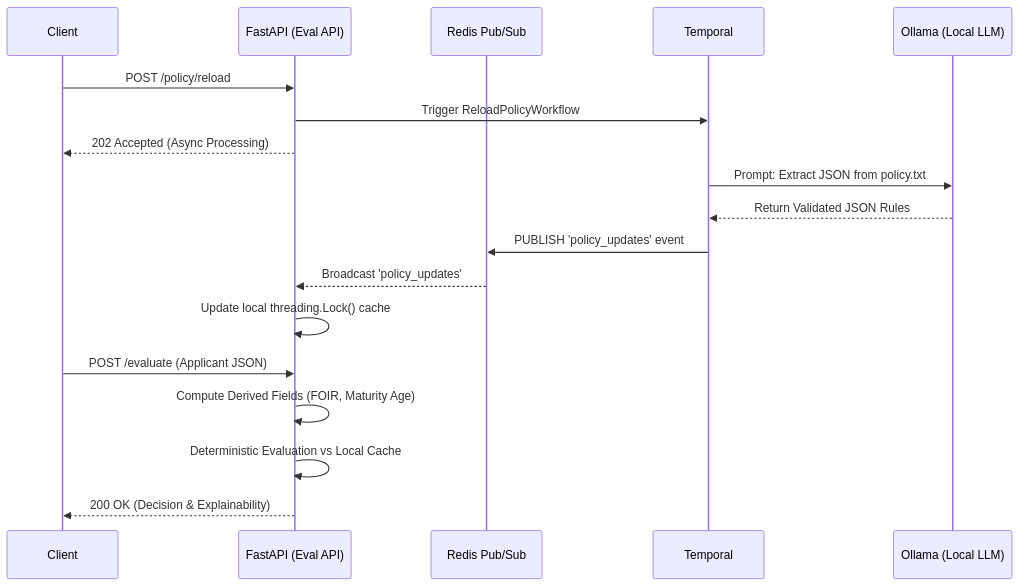
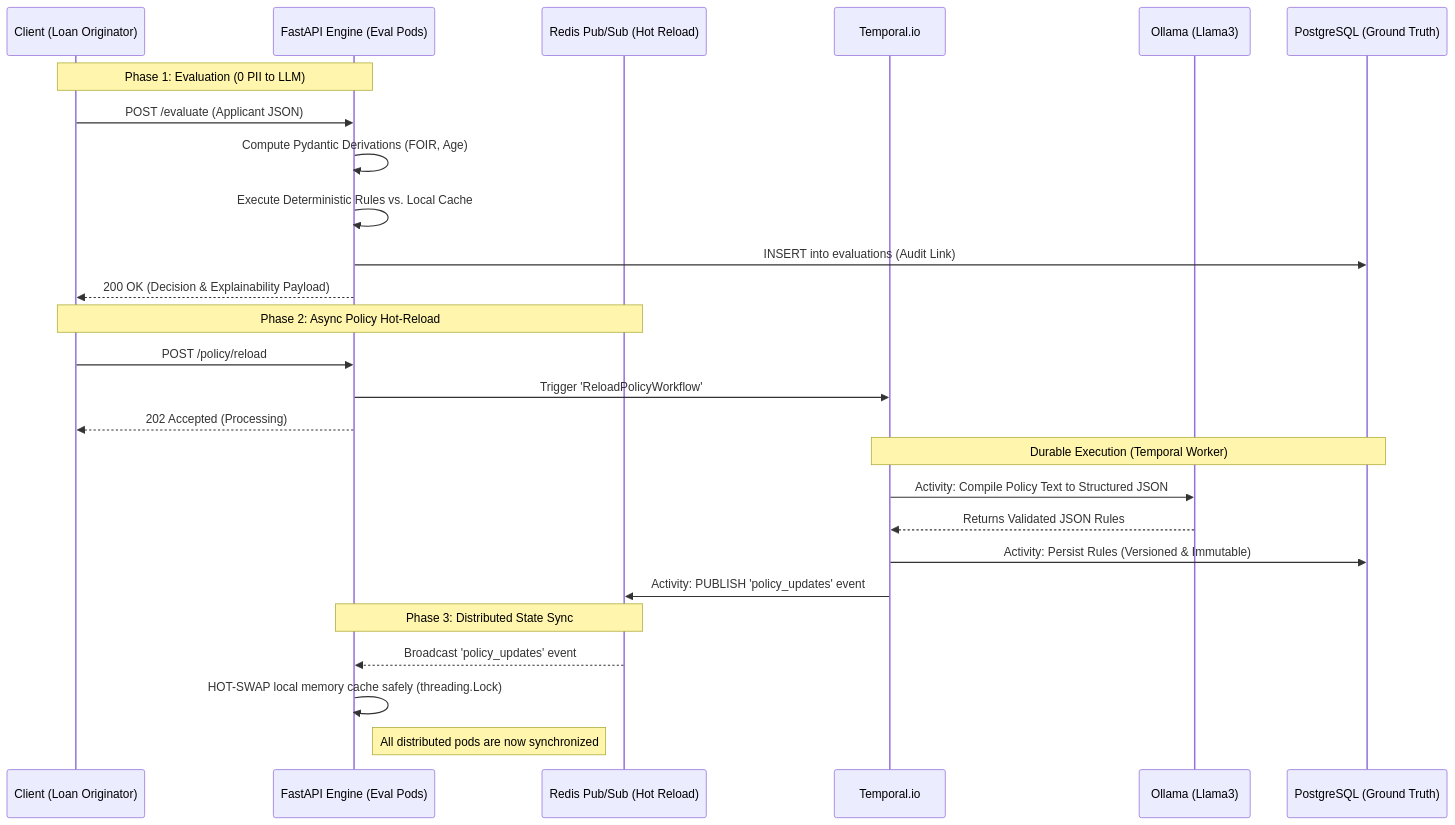
One commit to ar29/credit-policy-engine changed the first of 2 diagrams in README.md. Above: the diagram before and after it, drawn with Mermaid. The commit also changed other lines of this file and 9 other files, not shown here.

````diff
--- a/README.md
+++ b/README.md
@@ -20,27 +35,32 @@
 ```mermaid
 sequenceDiagram
-    participant Client
-    participant FastAPI (Eval API)
-    participant Redis Pub/Sub
-    participant Temporal
-    participant Ollama (Local LLM)
-    
-    %% Policy Reload Flow (Heavy Compute / Asynchronous)
-    Client->>FastAPI (Eval API): POST /policy/reload
-    FastAPI (Eval API)->>Temporal: Trigger ReloadPolicyWorkflow
-    FastAPI (Eval API)-->>Client: 202 Accepted (Async Processing)
-    
-    Temporal->>Ollama (Local LLM): Prompt: Extract JSON from policy.txt
-    Ollama (Local LLM)-->>Temporal: Return Validated JSON Rules
-    Temporal->>Redis Pub/Sub: PUBLISH 'policy_updates' event
-    
-    %% Cache Invalidation Sync (Distributed)
-    Redis Pub/Sub-->>FastAPI (Eval API): Broadcast 'policy_updates'
-    FastAPI (Eval API)->>FastAPI (Eval API): Update local threading.Lock() cache
-    
-    %% Evaluation Flow (Low Latency / Zero PII to LLM)
-    Client->>FastAPI (Eval API): POST /evaluate (Applicant JSON)
-    FastAPI (Eval API)->>FastAPI (Eval API): Compute Derived Fields (FOIR, Maturity Age)
-    FastAPI (Eval API)->>FastAPI (Eval API): Deterministic Evaluation vs Local Cache
-    FastAPI (Eval API)-->>Client: 200 OK (Decision & Explainability)
+    participant Client as Client (Loan Originator)
+    participant API as FastAPI Engine (Eval Pods)
+    participant Redis as Redis Pub/Sub (Hot Reload)
+    participant Temporal as Temporal.io
+    participant Ollama as Ollama (Llama3)
+    participant DB as PostgreSQL (Ground Truth)
+
+    Note over Client, API: Phase 1: Evaluation (0 PII to LLM)
+    Client->>API: POST /evaluate (Applicant JSON)
+    API->>API: Compute Pydantic Derivations (FOIR, Age)
+    API->>API: Execute Deterministic Rules vs. Local Cache
+    API->>DB: INSERT into evaluations (Audit Link)
+    API-->>Client: 200 OK (Decision & Explainability Payload)
+
+    Note over Client, Redis: Phase 2: Async Policy Hot-Reload
+    Client->>API: POST /policy/reload
+    API->>Temporal: Trigger 'ReloadPolicyWorkflow'
+    API-->>Client: 202 Accepted (Processing)
+
+    Note over Temporal, DB: Durable Execution (Temporal Worker)
+    Temporal->>Ollama: Activity: Compile Policy Text to Structured JSON
+    Ollama-->>Temporal: Returns Validated JSON Rules
+    Temporal->>DB: Activity: Persist Rules (Versioned & Immutable)
+    Temporal->>Redis: Activity: PUBLISH 'policy_updates' event
+
+    Note over Redis, API: Phase 3: Distributed State Sync
+    Redis-->>API: Broadcast 'policy_updates' event
+    API->>API: HOT-SWAP local memory cache safely (threading.Lock)
+    Note right of API: All distributed pods are now synchronized
 ```
````
